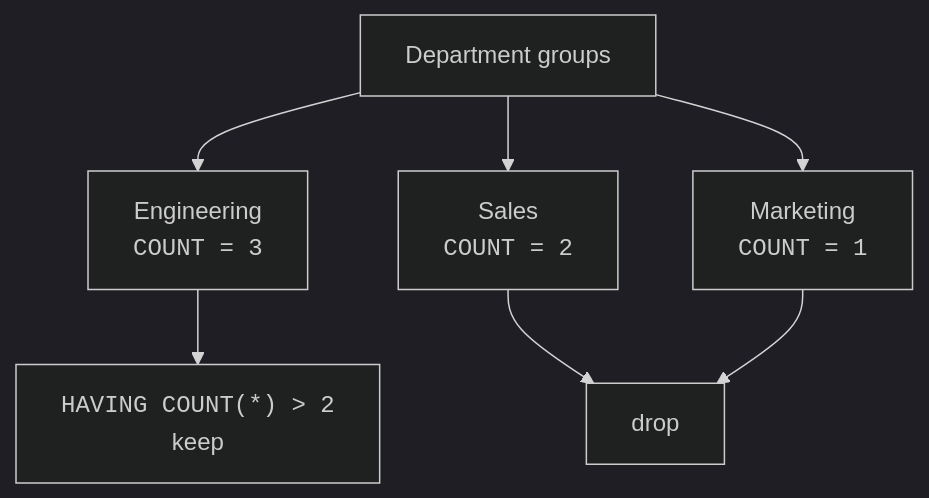
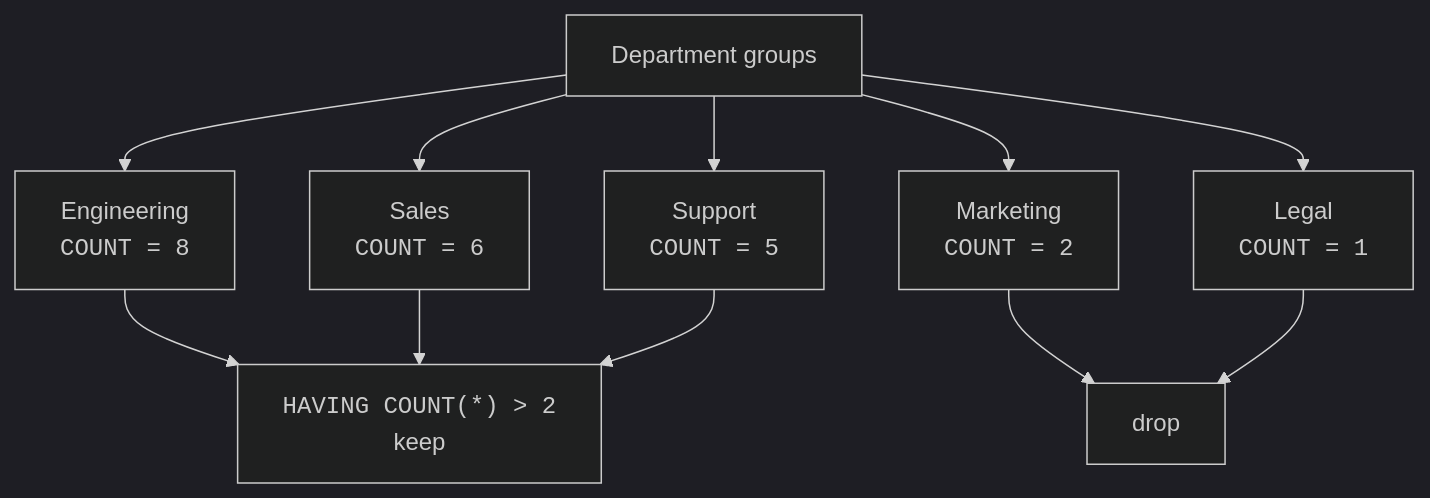
One commit to dataslope/dataslope changed the second of 2 diagrams in content/courses/sqlite-for-beginners/filtering-groups.mdx. Above: the diagram before and after it, drawn with Mermaid (dark theme). The commit also changed other lines of this file and 10 other files, not shown here.

````diff
--- a/content/courses/sqlite-for-beginners/filtering-groups.mdx
+++ b/content/courses/sqlite-for-beginners/filtering-groups.mdx
@@ -86,9 +95,13 @@
 ```mermaid
 flowchart TB
-    Groups["Department groups"] --> Eng["Engineering<br/><code>COUNT = 3</code>"]
-    Groups --> Sales["Sales<br/><code>COUNT = 2</code>"]
-    Groups --> Mkt["Marketing<br/><code>COUNT = 1</code>"]
+    Groups["Department groups"] --> Eng["Engineering<br/><code>COUNT = 8</code>"]
+    Groups --> Sales["Sales<br/><code>COUNT = 6</code>"]
+    Groups --> Sup["Support<br/><code>COUNT = 5</code>"]
+    Groups --> Mkt["Marketing<br/><code>COUNT = 2</code>"]
+    Groups --> Leg["Legal<br/><code>COUNT = 1</code>"]
     Eng --> Keep["<code>HAVING COUNT(*) &gt; 2</code><br/>keep"]
-    Sales --> Drop["drop"]
-    Mkt --> Drop
+    Sales --> Keep
+    Sup --> Keep
+    Mkt --> Drop["drop"]
+    Leg --> Drop
 ```
````
